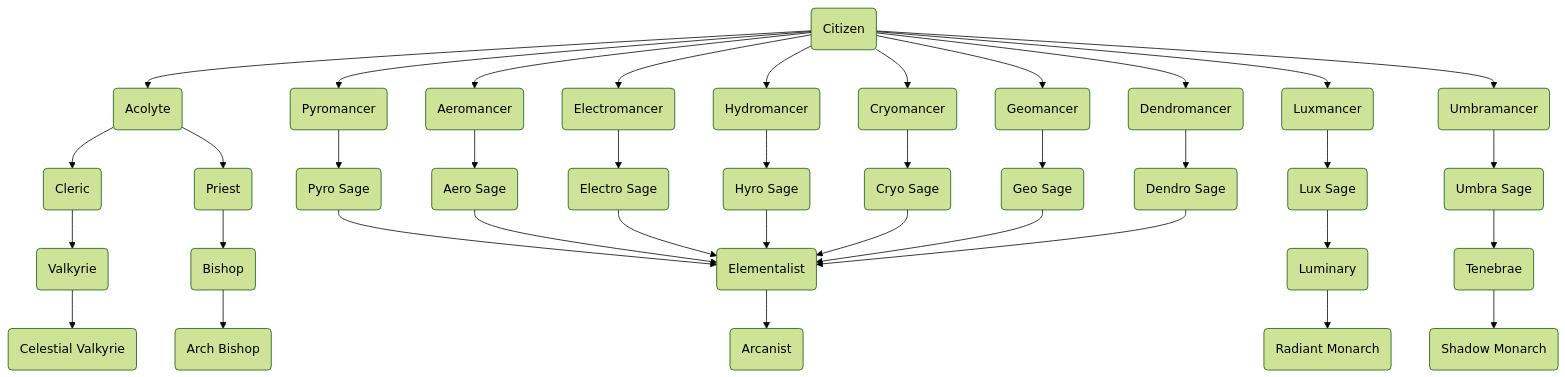
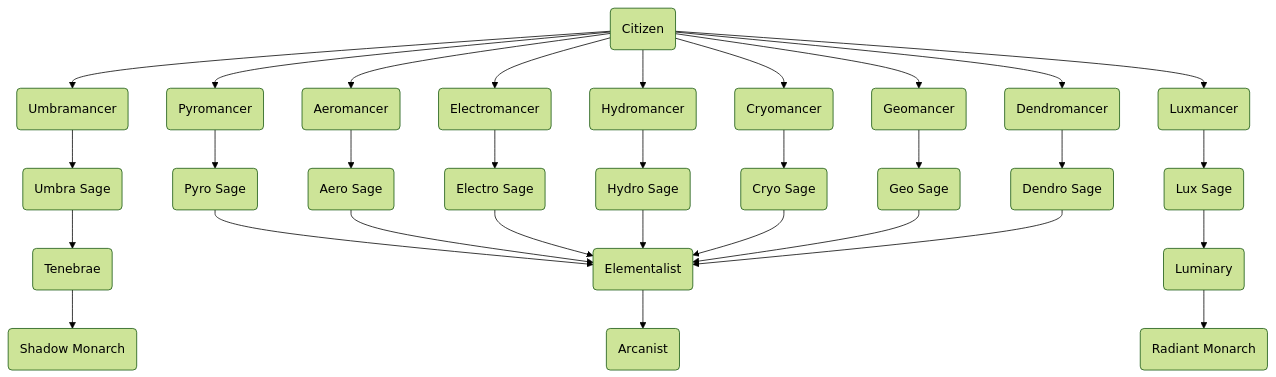
The third of 3 diagrams in wiki/catalog/Unit-Classes.md (DonColon/vigilans-nexum-wiki), drawn with Mermaid (forest theme) before and after one commit. The commit also changed other lines of this file and 32 other files, not shown here.

```diff
--- a/wiki/catalog/Unit-Classes.md
+++ b/wiki/catalog/Unit-Classes.md
@@ -116,7 +176,6 @@
 flowchart TB
 	%% Base Classes
 	citizen(Citizen)
-	acolyte(Acolyte)
 	pyromancer(Pyromancer)
 	aeromancer(Aeromancer)
 	electromancer(Electromancer)
@@ -127,7 +186,7 @@
 	luxmancer(Luxmancer)
 	umbramancer(Umbramancer)
 	
-	citizen-->acolyte
+	citizen-->umbramancer
 	citizen-->pyromancer
 	citizen-->aeromancer
 	citizen-->electromancer
@@ -136,23 +195,18 @@
 	citizen-->geomancer
 	citizen-->dendromancer
 	citizen-->luxmancer
-	citizen-->umbramancer
 	
 	%% Intermediate Classes
-	cleric(Cleric)
-	priest(Priest)
 	pyro-sage(Pyro Sage)
 	aero-sage(Aero Sage)
 	electro-sage(Electro Sage)
-	hydro-sage(Hyro Sage)
+	hydro-sage(Hydro Sage)
 	cryo-sage(Cryo Sage)
 	geo-sage(Geo Sage)
 	dendro-sage(Dendro Sage)
 	lux-sage(Lux Sage)
 	umbra-sage(Umbra Sage)
 	
-	acolyte-->cleric
-	acolyte-->priest
 	pyromancer-->pyro-sage
 	aeromancer-->aero-sage
 	electromancer-->electro-sage
@@ -164,14 +218,10 @@
 	umbramancer-->umbra-sage
 	
 	%% Advanced Classes
-	valkyrie(Valkyrie)
-	bishop(Bishop)
 	elementalist(Elementalist)
 	luminary(Luminary)
 	tenebrae(Tenebrae)
 	
-	cleric-->valkyrie
-	priest-->bishop
 	pyro-sage-->elementalist
 	aero-sage-->elementalist
 	electro-sage-->elementalist
@@ -183,14 +233,10 @@
 	umbra-sage-->tenebrae
 	
 	%% Master Classes
-	celestial-valkyrie(Celestial Valkyrie)
-	arch-bishop(Arch Bishop)
 	arcanist(Arcanist)
 	radiant-monarch(Radiant Monarch)
 	shadow-monarch(Shadow Monarch)
 	
-	valkyrie-->celestial-valkyrie
-	bishop-->arch-bishop
 	elementalist-->arcanist
 	luminary-->radiant-monarch
 	tenebrae-->shadow-monarch
```
